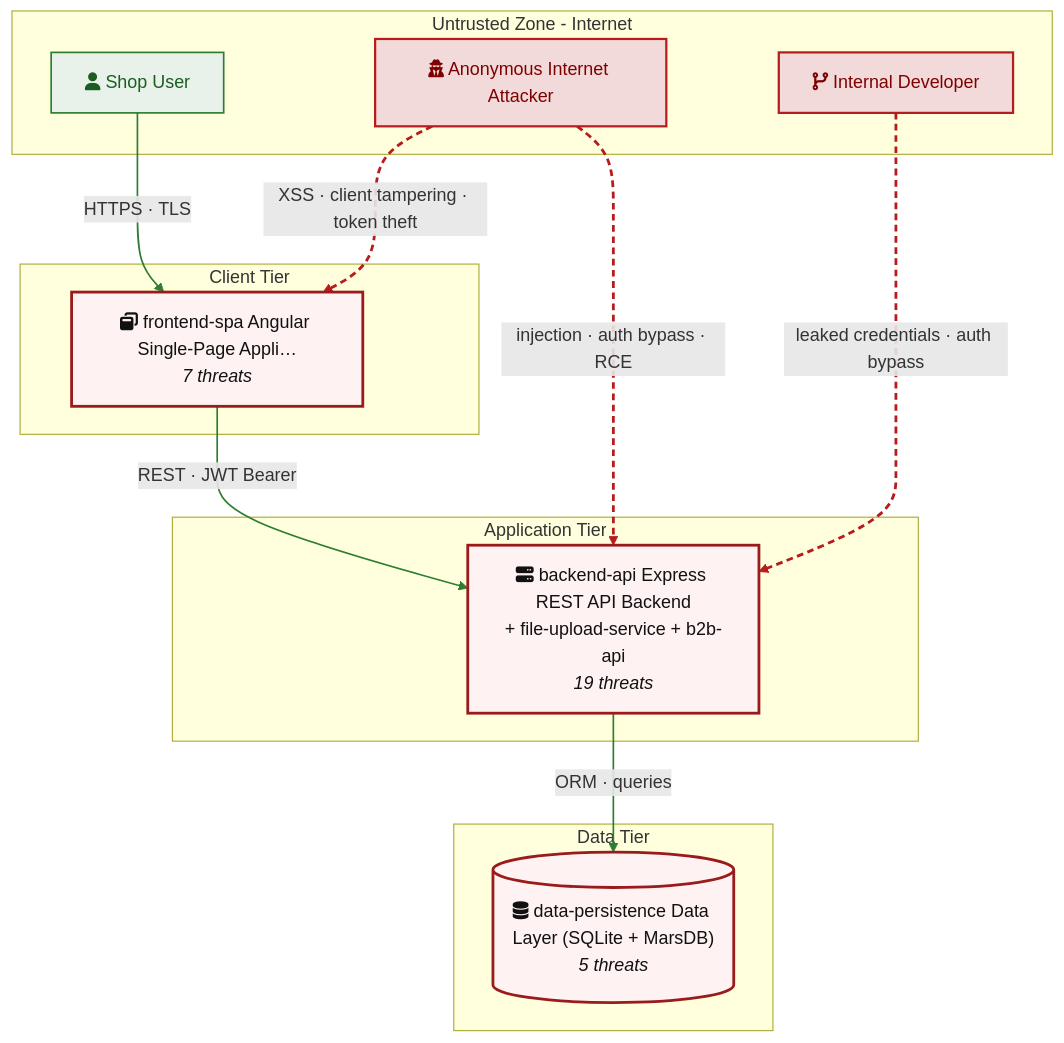
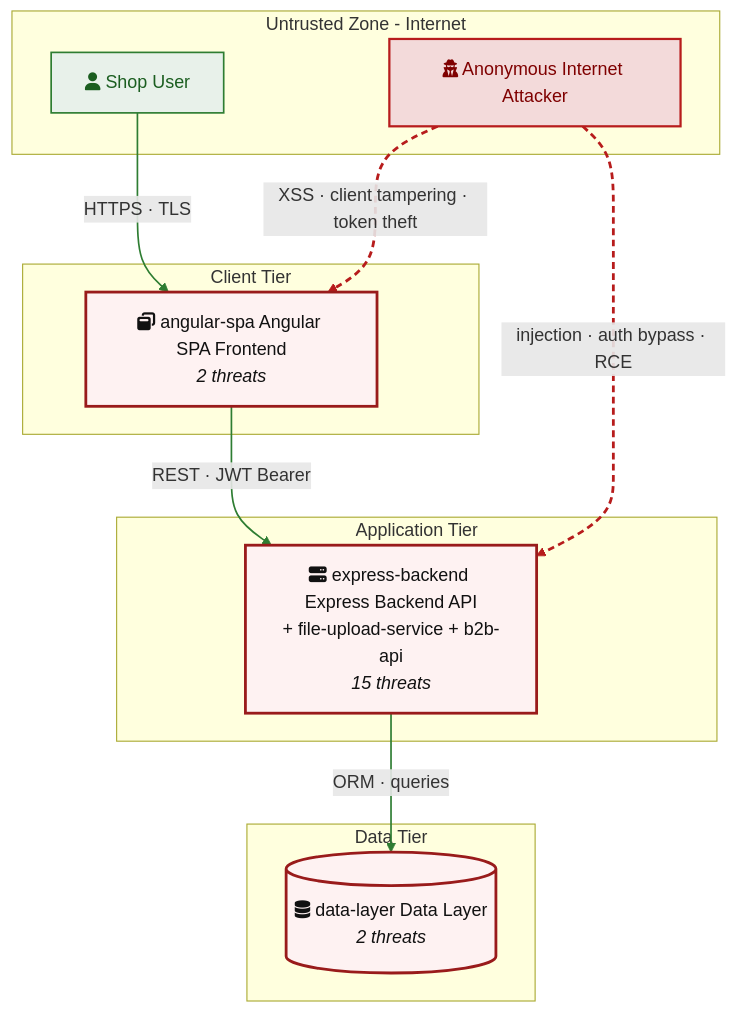
The sixth of 15 diagrams in examples/threat-modeler/threat-model-juice-shop-standard.md (appsec-foundry/appsec-advisor), drawn with Mermaid before and after one commit. The commit also changed other lines of this file, not shown here.

````diff
--- a/examples/threat-modeler/threat-model-juice-shop-standard.md
+++ b/examples/threat-modeler/threat-model-juice-shop-standard.md
@@ -411,30 +416,28 @@
 ```mermaid
 flowchart TD
     subgraph EXT["Untrusted Zone - Internet"]
         INTERNET_ANON["fa:fa-user-secret Anonymous Internet Attacker"]:::threat
         VICTIM_REQUIRED["fa:fa-user Shop User"]:::legit
-        REPO_READ["fa:fa-code-branch Internal Developer"]:::threat
     end
     subgraph CLIENT["Client Tier"]
-        frontend_spa["fa:fa-window-restore frontend-spa Angular Single-Page Appli…<br/><i>7 threats</i>"]:::risk
+        angular_spa["fa:fa-window-restore angular-spa Angular SPA Frontend<br/><i>2 threats</i>"]:::risk
     end
     subgraph APP["Application Tier"]
-        backend_api["fa:fa-server backend-api Express REST API Backend<br/>+ file-upload-service + b2b-api<br/><i>19 threats</i>"]:::risk
+        express_backend["fa:fa-server express-backend Express Backend API<br/>+ file-upload-service + b2b-api<br/><i>15 threats</i>"]:::risk
     end
     subgraph DATA["Data Tier"]
-        data_persistence[("fa:fa-database data-persistence Data Layer (SQLite + MarsDB)<br/><i>5 threats</i>")]:::risk
+        data_layer[("fa:fa-database data-layer Data Layer<br/><i>2 threats</i>")]:::risk
     end
-    VICTIM_REQUIRED -->|"HTTPS · TLS"| frontend_spa
-    frontend_spa -->|"REST · JWT Bearer"| backend_api
-    backend_api -->|"ORM · queries"| data_persistence
-    INTERNET_ANON -.->|"injection · auth bypass · RCE"| backend_api
-    INTERNET_ANON -.->|"XSS · client tampering · token theft"| frontend_spa
-    REPO_READ -.->|"leaked credentials · auth bypass"| backend_api
+    VICTIM_REQUIRED -->|"HTTPS · TLS"| angular_spa
+    angular_spa -->|"REST · JWT Bearer"| express_backend
+    express_backend -->|"ORM · queries"| data_layer
+    INTERNET_ANON -.->|"injection · auth bypass · RCE"| express_backend
+    INTERNET_ANON -.->|"XSS · client tampering · token theft"| angular_spa
 
     classDef legit fill:#e8f1ea,stroke:#2e7d32,color:#1b5e20,stroke-width:1.5px
     classDef threat fill:#f3dada,stroke:#b71c1c,color:#7f0000,stroke-width:2px
     classDef external fill:#f2f2f2,stroke:#424242,color:#212121,stroke-width:1.5px
     classDef risk fill:#fef2f2,stroke:#991b1b,color:#111,stroke-width:2.5px
     linkStyle 0,1,2 stroke:#2e7d32,stroke-width:1.5px
-    linkStyle 3,4,5 stroke:#b71c1c,stroke-width:2.5px,stroke-dasharray:6 4
+    linkStyle 3,4 stroke:#b71c1c,stroke-width:2.5px,stroke-dasharray:6 4
 ```
````
